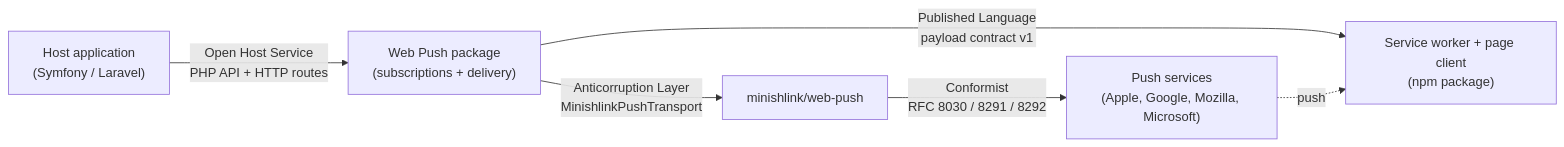
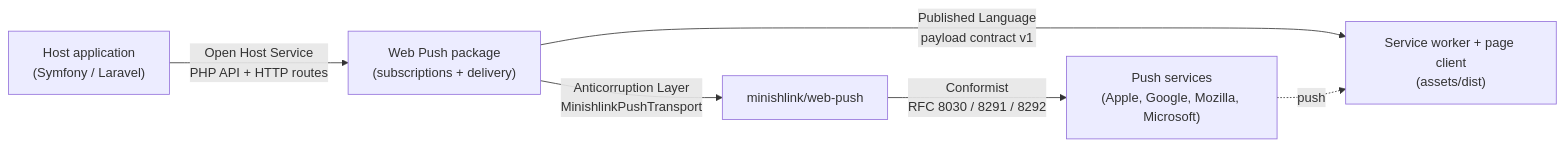
One commit to RomainMILLAN/WebPushNotificationBundle changed the first of 4 diagrams in docs/context-map.md. Above: the diagram before and after it, drawn with Mermaid. The commit also changed 6 other files, not shown here.

Commit message:
chore: Distribute assets only by PHP package

````diff
--- a/docs/context-map.md
+++ b/docs/context-map.md
@@ -15,14 +15,14 @@
 ```mermaid
 flowchart LR
     Host["Host application<br/>(Symfony / Laravel)"]
     Pkg["Web Push package<br/>(subscriptions + delivery)"]
-    SW["Service worker + page client<br/>(npm package)"]
+    SW["Service worker + page client<br/>(assets/dist)"]
     Mini["minishlink/web-push"]
     PS["Push services<br/>(Apple, Google, Mozilla, Microsoft)"]
 
     Host -- "Open Host Service<br/>PHP API + HTTP routes" --> Pkg
     Pkg -- "Published Language<br/>payload contract v1" --> SW
     Pkg -- "Anticorruption Layer<br/>MinishlinkPushTransport" --> Mini
     Mini -- "Conformist<br/>RFC 8030 / 8291 / 8292" --> PS
     PS -. "push" .-> SW
 ```
````
